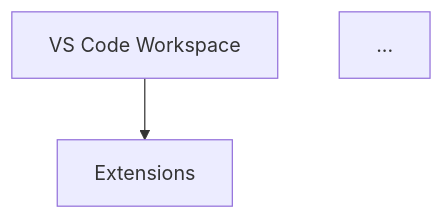
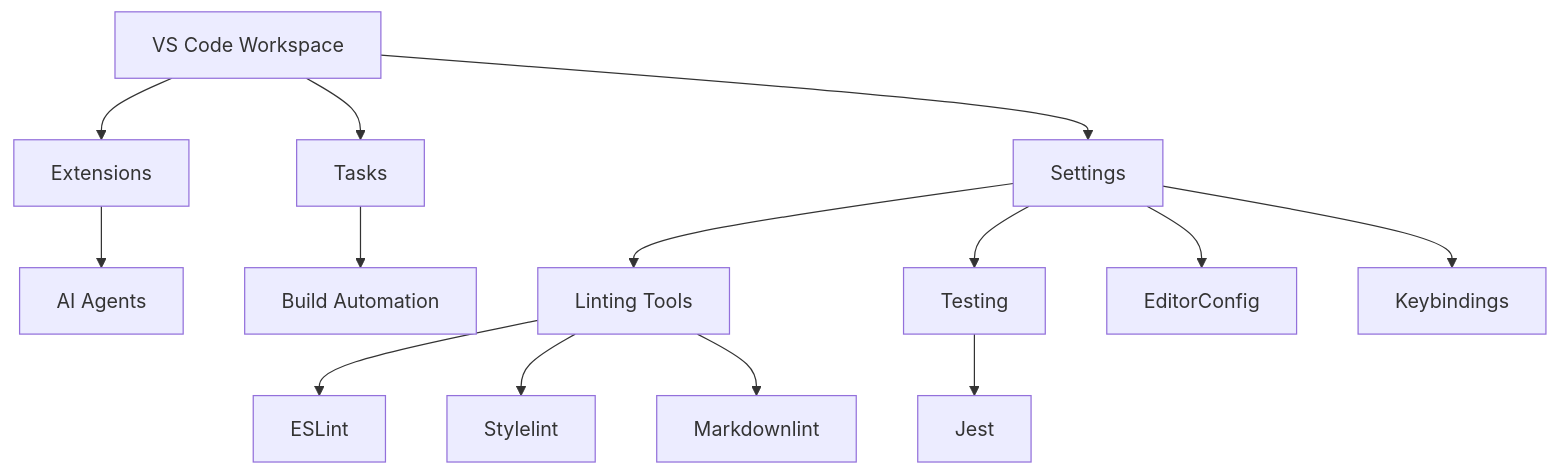
Before and after one commit to lightspeedwp/.github: the diagram in .github/reports/audits/readme-audit-2026-05-31.md, drawn with Mermaid. The commit also changed 6 other files, not shown here.

````diff
--- a/.github/reports/audits/readme-audit-2026-05-31.md
+++ b/.github/reports/audits/readme-audit-2026-05-31.md
@@ -104,9 +104,20 @@
 ```mermaid
 ---
 accTitle: VS Code Workspace Configuration Architecture
 accDescr: Flowchart showing the VS Code configuration hierarchy with three main branches (Extensions, Tasks, Settings) that lead to development tools including AI Agents, Linting tools (ESLint, Stylelint, Markdownlint), Testing (Jest), Build automation, EditorConfig, and Keybindings configuration
 ---
 flowchart TD
     A[VS Code Workspace] --> B[Extensions]
-    ...
+    A --> C[Tasks]
+    A --> D[Settings]
+    B --> E[AI Agents]
+    C --> F[Build Automation]
+    D --> G[Linting Tools]
+    D --> H[Testing]
+    D --> I[EditorConfig]
+    D --> J[Keybindings]
+    G --> K[ESLint]
+    G --> L[Stylelint]
+    G --> M[Markdownlint]
+    H --> N[Jest]
 ```
````
